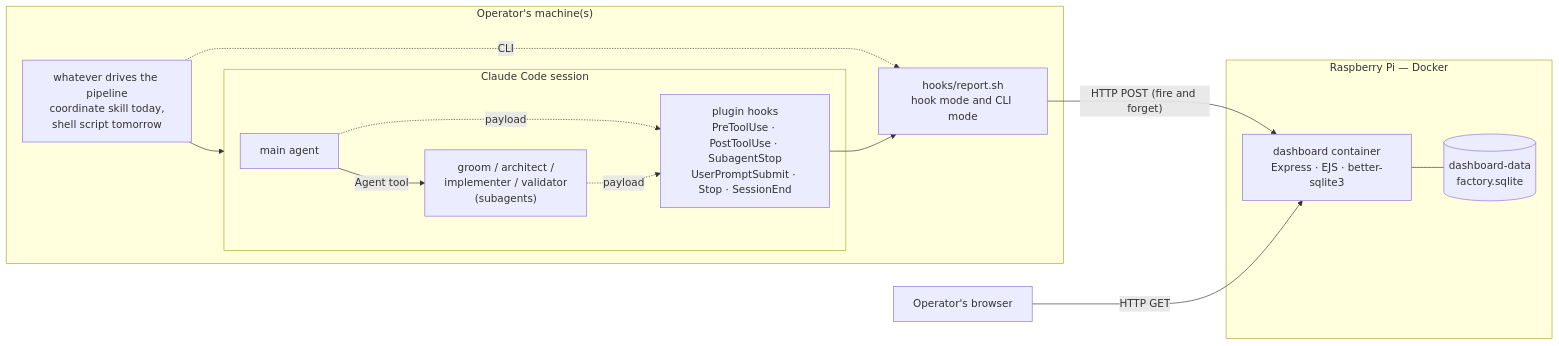
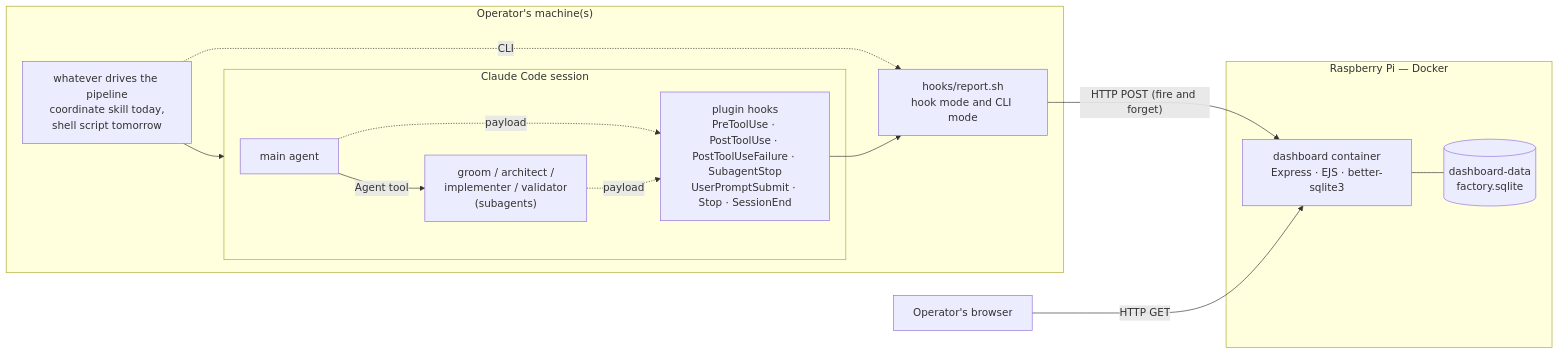
One commit to vkuras/factory changed the diagram in docs/architecture/overview.md. Above: the diagram before and after it, drawn with Mermaid. The commit also changed other lines of this file and 5 other files, not shown here.

Commit message:
docs(001): architecture amendments for gaps G1, G2

````diff
--- a/docs/architecture/overview.md
+++ b/docs/architecture/overview.md
@@ -19,26 +19,26 @@
 ```mermaid
 flowchart LR
   subgraph machine["Operator's machine(s)"]
     driver["whatever drives the pipeline<br/>coordinate skill today,<br/>shell script tomorrow"]
     subgraph cc["Claude Code session"]
       main["main agent"]
       agents["groom / architect /<br/>implementer / validator<br/>(subagents)"]
-      hooks["plugin hooks<br/>PreToolUse · PostToolUse · SubagentStop<br/>UserPromptSubmit · Stop · SessionEnd"]
+      hooks["plugin hooks<br/>PreToolUse · PostToolUse · PostToolUseFailure · SubagentStop<br/>UserPromptSubmit · Stop · SessionEnd"]
       main -->|Agent tool| agents
       main -.->|payload| hooks
       agents -.->|payload| hooks
     end
     rep["hooks/report.sh<br/>hook mode and CLI mode"]
     driver --> cc
     driver -.->|CLI| rep
     hooks --> rep
   end
   subgraph pi["Raspberry Pi — Docker"]
     app["dashboard container<br/>Express · EJS · better-sqlite3"]
     db[("dashboard-data<br/>factory.sqlite")]
     app --- db
   end
   browser["Operator's browser"]
   rep -->|"HTTP POST (fire and forget)"| app
   browser -->|HTTP GET| app
 ```
````
